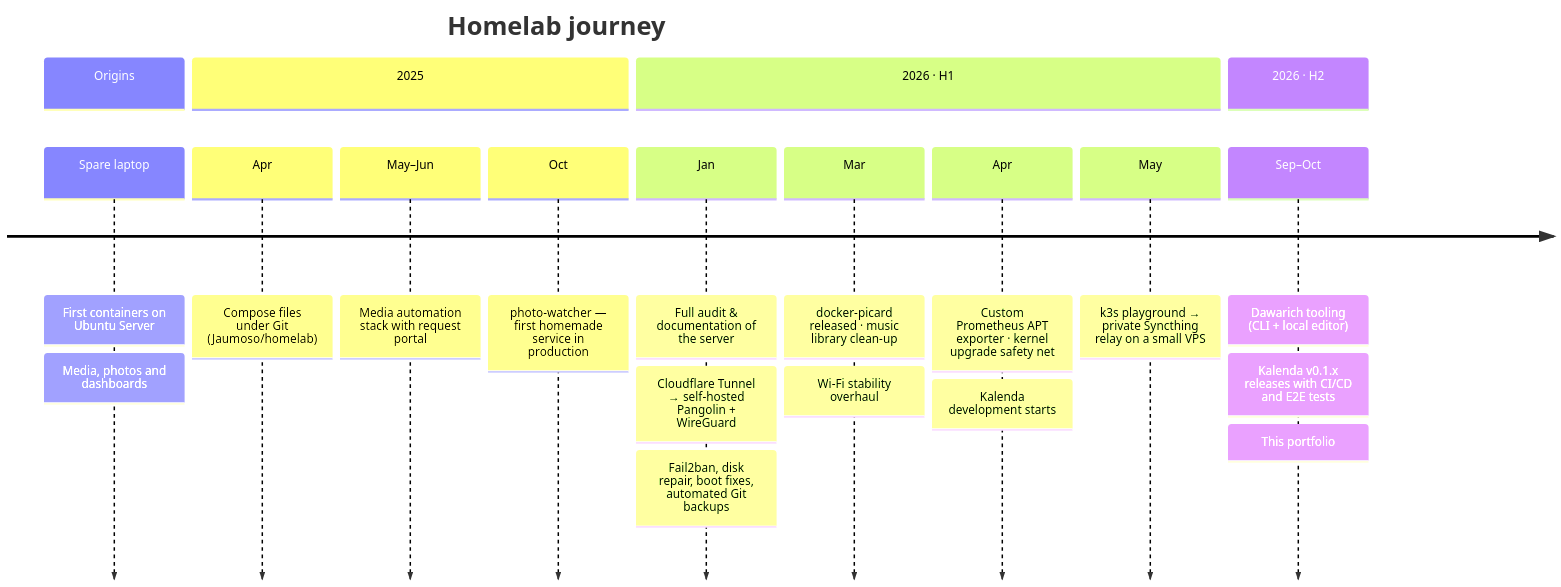
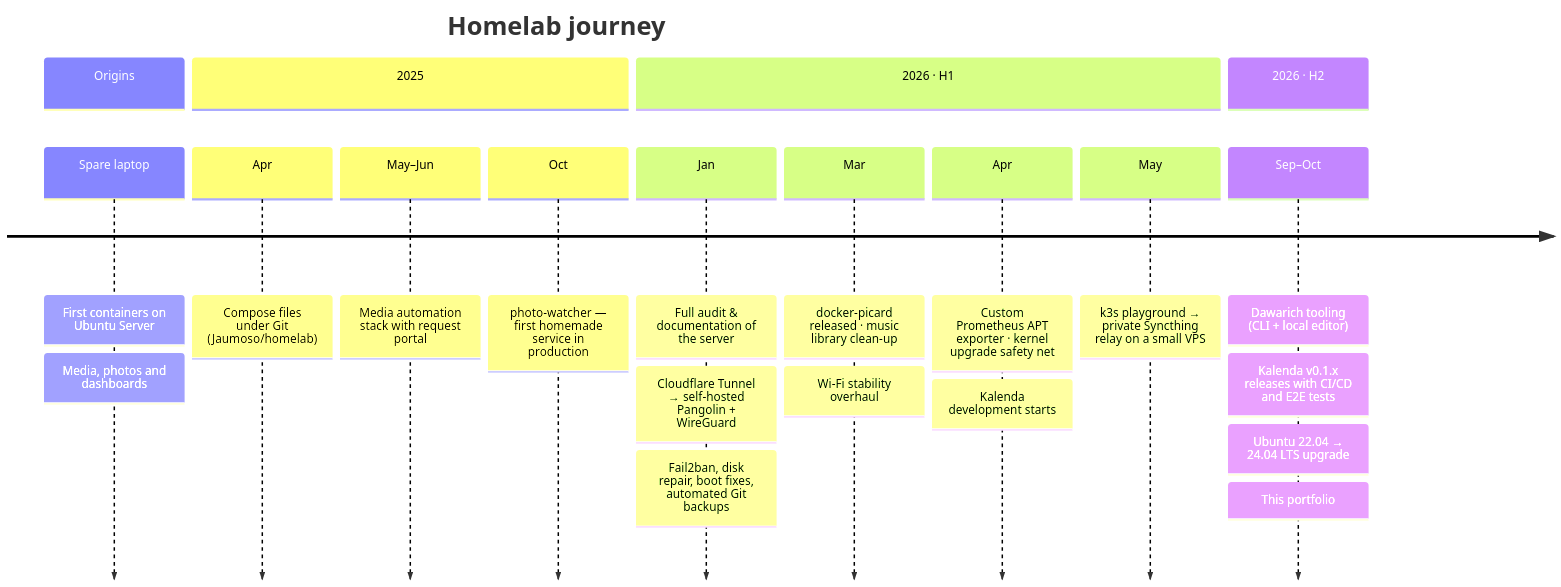
The diagram in docs/timeline.md (Jaumoso/portfolio), drawn with Mermaid before and after one commit. The commit also changed other lines of this file and 3 other files, not shown here.

Commit message:
docs: server upgraded to Ubuntu 24.04 LTS

````diff
--- a/docs/timeline.md
+++ b/docs/timeline.md
@@ -5,24 +5,25 @@
 ```mermaid
 timeline
     title Homelab journey
     section Origins
         Spare laptop : First containers on Ubuntu Server
                      : Media, photos and dashboards
     section 2025
         Apr : Compose files under Git (Jaumoso/homelab)
         May–Jun : Media automation stack with request portal
         Oct : photo-watcher — first homemade service in production
     section 2026 · H1
         Jan : Full audit & documentation of the server
             : Cloudflare Tunnel → self-hosted Pangolin + WireGuard
             : Fail2ban, disk repair, boot fixes, automated Git backups
         Mar : docker-picard released · music library clean-up
             : Wi-Fi stability overhaul
         Apr : Custom Prometheus APT exporter · kernel upgrade safety net
             : Kalenda development starts
         May : k3s playground → private Syncthing relay on a small VPS
     section 2026 · H2
         Sep–Oct : Dawarich tooling (CLI + local editor)
                 : Kalenda v0.1.x releases with CI/CD and E2E tests
+                : Ubuntu 22.04 → 24.04 LTS upgrade
                 : This portfolio
 ```
````
